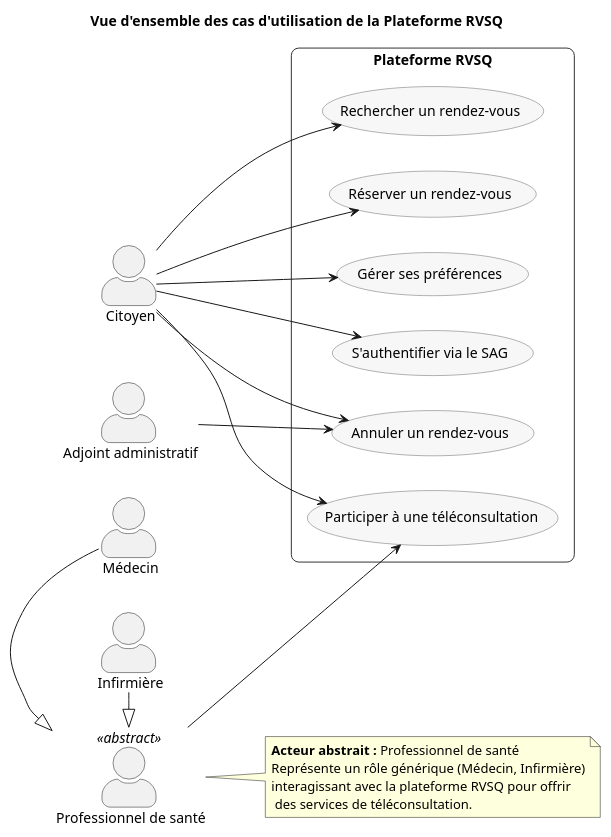
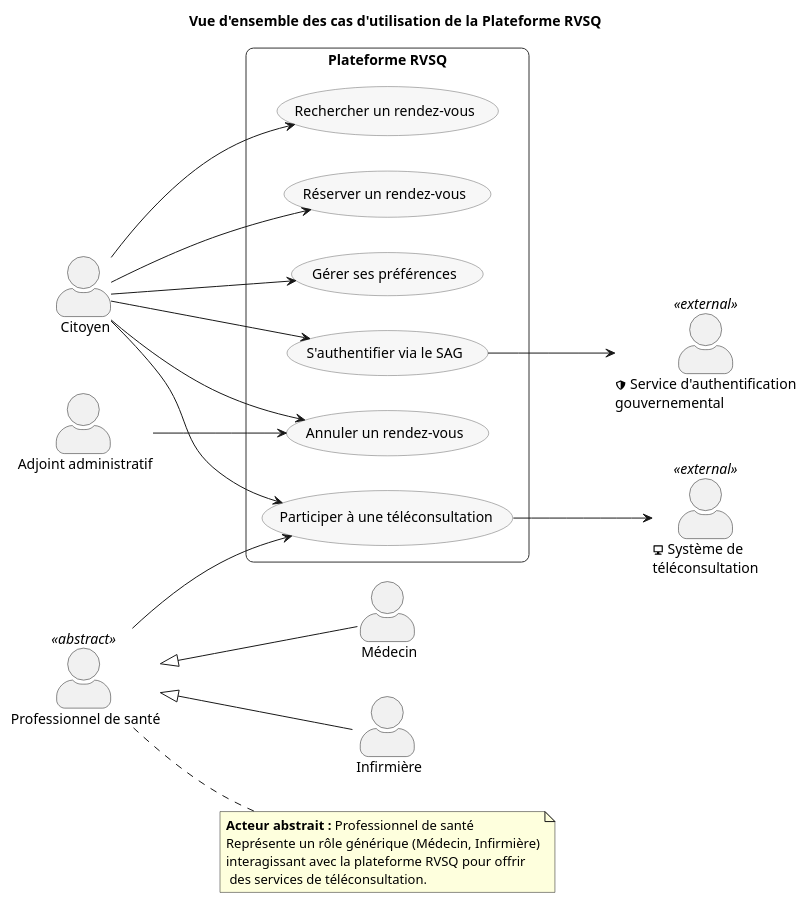
Before and after one commit to serghino/use-cases-RVSQ: the diagram in RVSQ-UC-00_Vue_Ensemble.puml, drawn with PlantUML. The commit also changed 1 other file, not shown here.

Commit message:
feat: ajusted diagram and uses cases

```diff
--- a/RVSQ-UC-00_Vue_Ensemble.puml
+++ b/RVSQ-UC-00_Vue_Ensemble.puml
@@ -1,59 +1,67 @@
 @startuml RVSQ-UC-00_Vue_Ensemble
 left to right direction
 skinparam packageStyle rectangle
 skinparam actorStyle awesome
 skinparam usecase {
   BackgroundColor #F7F7F7
   BorderColor #666666
   FontSize 14
   FontColor #000000
 }
 skinparam rectangle {
   BackgroundColor #FFFFFF
   BorderColor #333333
   RoundCorner 15
 }
 title **Vue d'ensemble des cas d'utilisation de la Plateforme RVSQ**
 
-' --- Acteurs
+' --- Acteurs primaires
 actor "<&user> Citoyen" as Citoyen
+actor "<&id-badge> Adjoint administratif" as Adjoint
+
+' --- Professionnel de santé (abstrait) et ses spécialisations
 actor "<&user-md> Professionnel de santé" as Professionnel <<abstract>>
 actor "<&user-md> Médecin" as Medecin
 actor "<&user-nurse> Infirmière" as Infirmiere
-actor "<&id-badge> Adjoint administratif" as Adjoint
+Professionnel <|-- Medecin
+Professionnel <|-- Infirmiere
 
-' --- Héritages
-Medecin -|> Professionnel
-Infirmiere -|> Professionnel
+' --- Acteurs secondaires
+actor "<&shield> Service d'authentification\ngouvernemental" as SAG <<external>>
+actor "<&monitor> Système de\ntéléconsultation" as SysTelecons <<external>>
 
 rectangle "Plateforme RVSQ" {
   usecase "Rechercher un rendez-vous" as UC_Recherche
   usecase "Réserver un rendez-vous" as UC_Reservation
   usecase "Annuler un rendez-vous" as UC_Annulation
   usecase "Gérer ses préférences" as UC_Preferences
   usecase "S'authentifier via le SAG" as UC_Authentification
   usecase "Participer à une téléconsultation" as UC_Teleconsultation
 }
 
 ' --- Liens Citoyen
 Citoyen --> UC_Recherche
 Citoyen --> UC_Reservation
 Citoyen --> UC_Annulation
 Citoyen --> UC_Preferences
 Citoyen --> UC_Authentification
 Citoyen --> UC_Teleconsultation
 
 ' --- Liens Professionnels (Médecin/Infirmière)
 Professionnel --> UC_Teleconsultation
 
 ' --- Liens Adjoint
 Adjoint --> UC_Annulation
 
+' --- Liens acteurs secondaires (à droite)
+UC_Authentification --> SAG
+UC_Teleconsultation --> SysTelecons
+
 note right of Professionnel
   **Acteur abstrait :** Professionnel de santé
   Représente un rôle générique (Médecin, Infirmière)
   interagissant avec la plateforme RVSQ pour offrir
    des services de téléconsultation.
 end note
 
 @enduml
```
